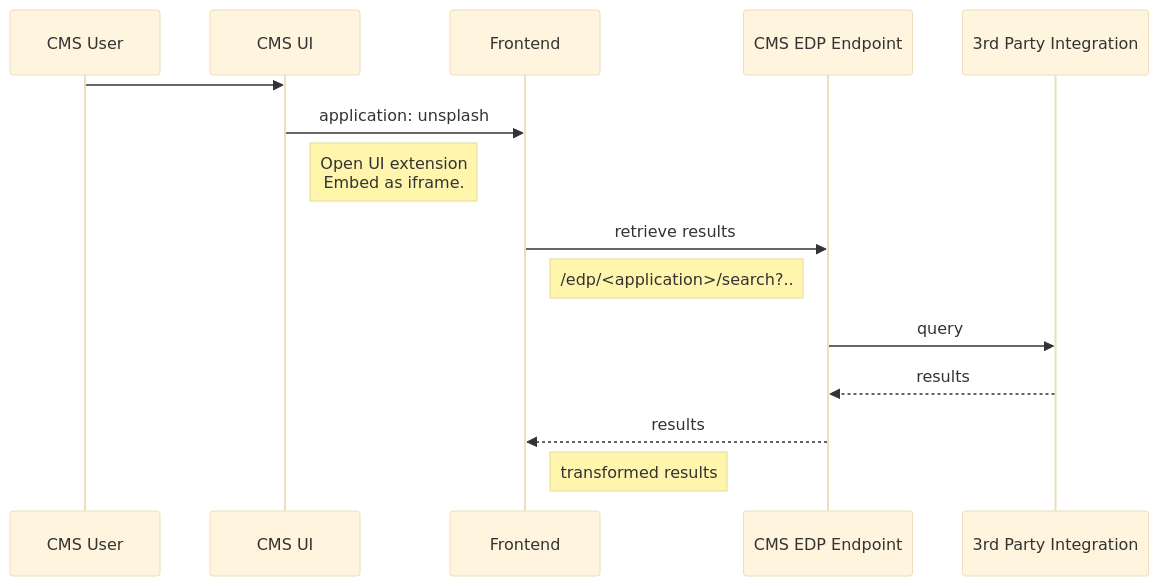
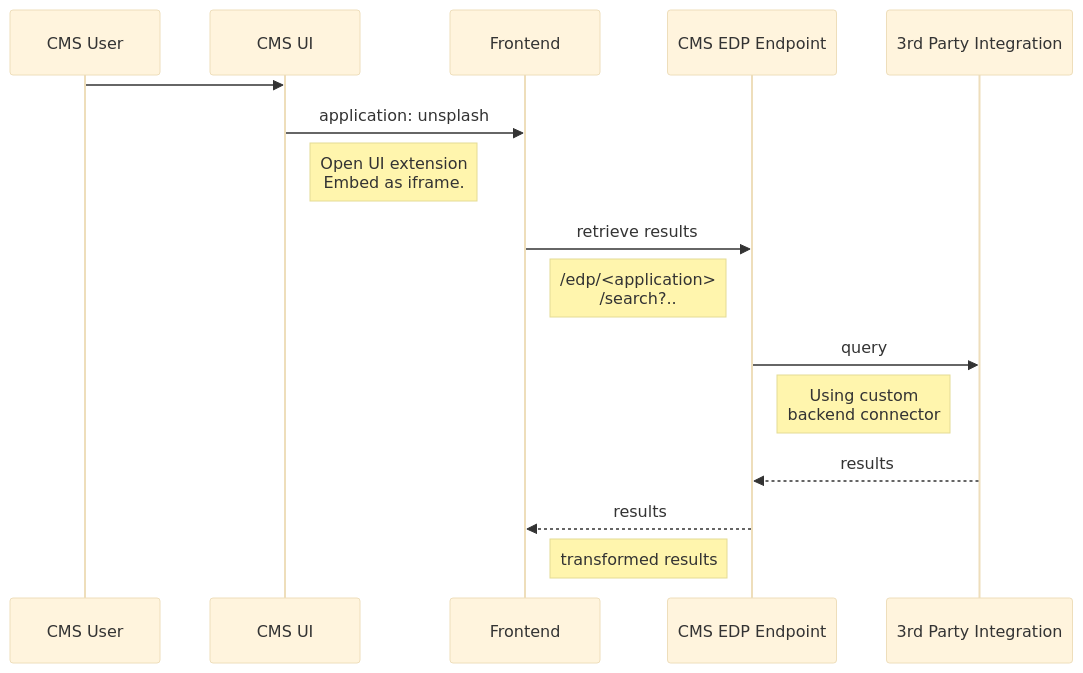
The diagram in README.md (bloomreach/brxm-open-ui-external-document-picker), drawn with Mermaid (base theme) before and after one commit. The commit also changed other lines of this file, not shown here.

````diff
--- a/README.md
+++ b/README.md
@@ -161,16 +187,17 @@
 ```mermaid
 sequenceDiagram
 CMS User ->> CMS UI: 
 CMS UI ->> Frontend: application: unsplash
 Note right of CMS UI: Open UI extension <br/> Embed as iframe.
 Frontend ->> CMS EDP Endpoint: retrieve results
-Note right of Frontend: /edp/<application>/search?..
+Note right of Frontend: /edp/<application><br/>/search?..
 CMS EDP Endpoint ->> 3rd Party Integration: query
+Note right of CMS EDP Endpoint: Using custom <br/> backend connector
 3rd Party Integration -->> CMS EDP Endpoint: results 
 CMS EDP Endpoint -->> Frontend: results 
 Note right of Frontend: transformed results
 
 
 
 
 ```
````
